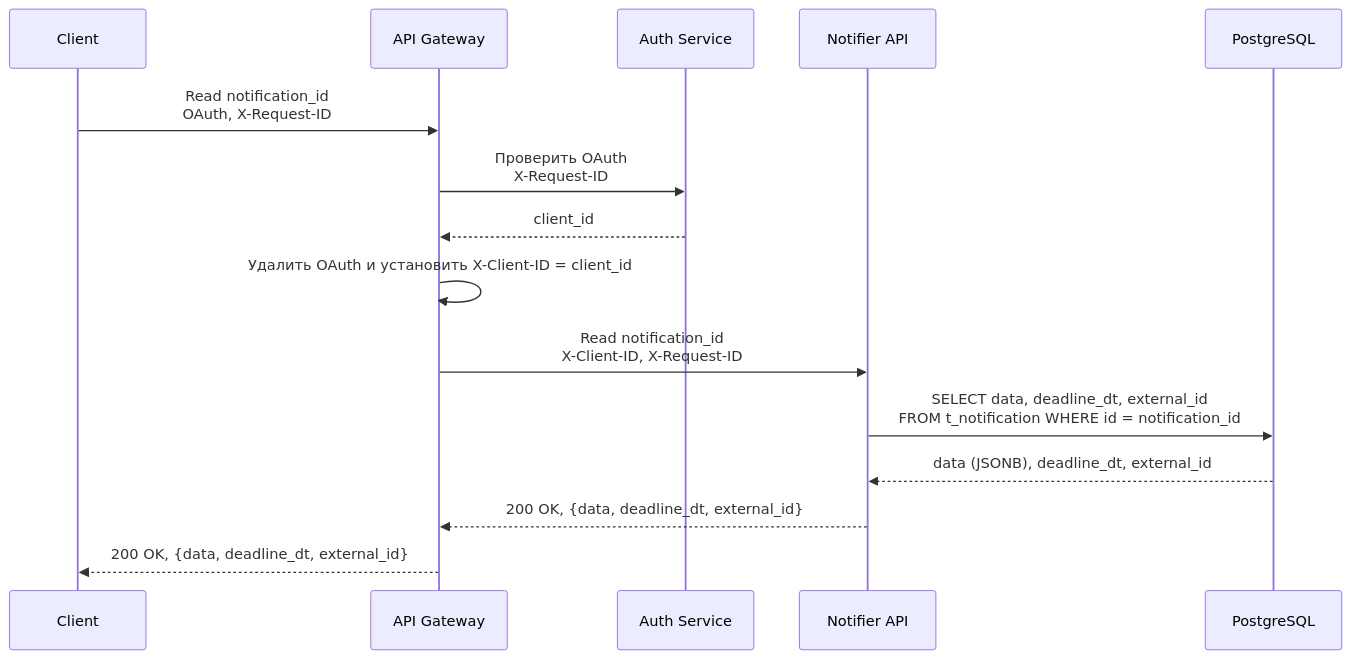
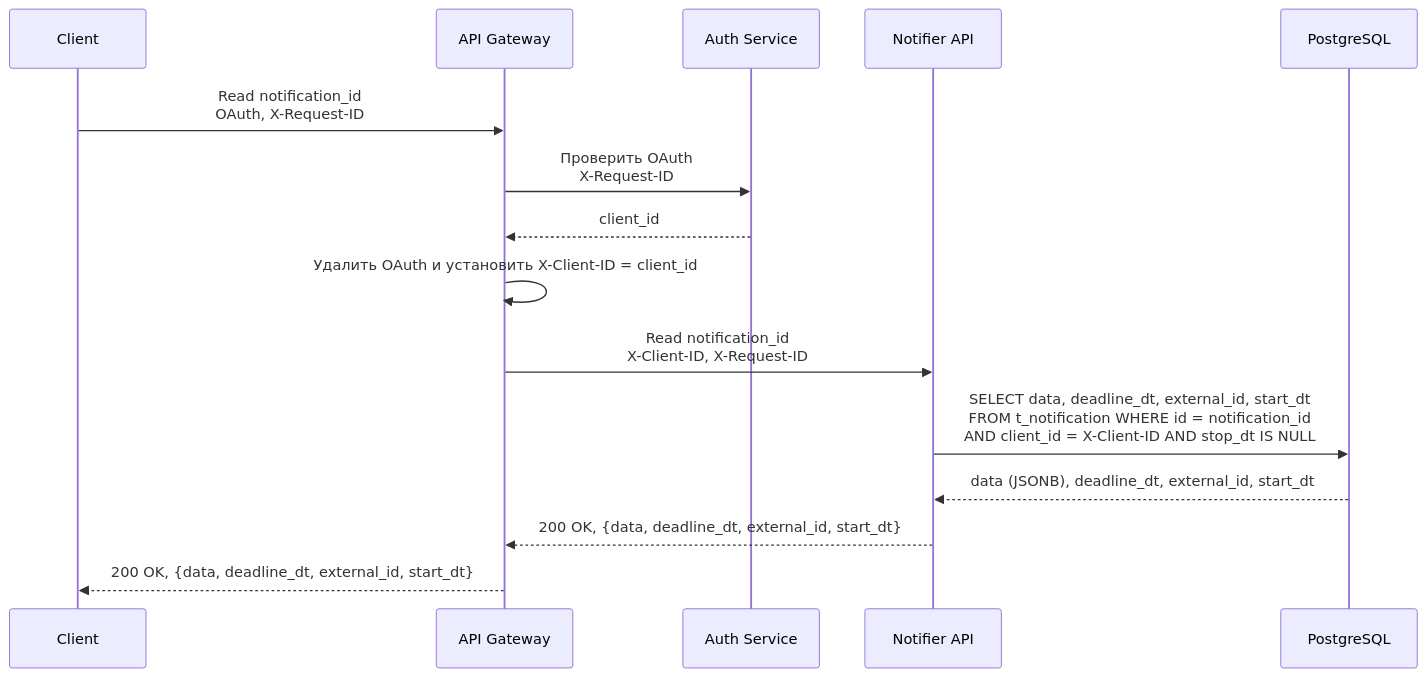
Before and after one commit to ssunshineguy/notifier: the second of 6 diagrams in README.md, drawn with Mermaid. The commit also changed other lines of this file and 41 other files, not shown here.

````diff
--- a/README.md
+++ b/README.md
@@ -64,18 +64,18 @@
 ```mermaid
 sequenceDiagram
     participant C as Client
     participant G as API Gateway
     participant A as Auth Service
     participant N as Notifier API
     participant DB as PostgreSQL
 
     C->>G: Read notification_id<br/>OAuth, X-Request-ID
     G->>A: Проверить OAuth<br/>X-Request-ID
     A-->>G: client_id
     G->>G: Удалить OAuth и установить X-Client-ID = client_id
     G->>N: Read notification_id<br/>X-Client-ID, X-Request-ID
-    N->>DB: SELECT data, deadline_dt, external_id<br/>FROM t_notification WHERE id = notification_id
-    DB-->>N: data (JSONB), deadline_dt, external_id
-    N-->>G: 200 OK, {data, deadline_dt, external_id}
-    G-->>C: 200 OK, {data, deadline_dt, external_id}
+    N->>DB: SELECT data, deadline_dt, external_id, start_dt<br/>FROM t_notification WHERE id = notification_id<br/>AND client_id = X-Client-ID AND stop_dt IS NULL
+    DB-->>N: data (JSONB), deadline_dt, external_id, start_dt
+    N-->>G: 200 OK, {data, deadline_dt, external_id, start_dt}
+    G-->>C: 200 OK, {data, deadline_dt, external_id, start_dt}
 ```
````
